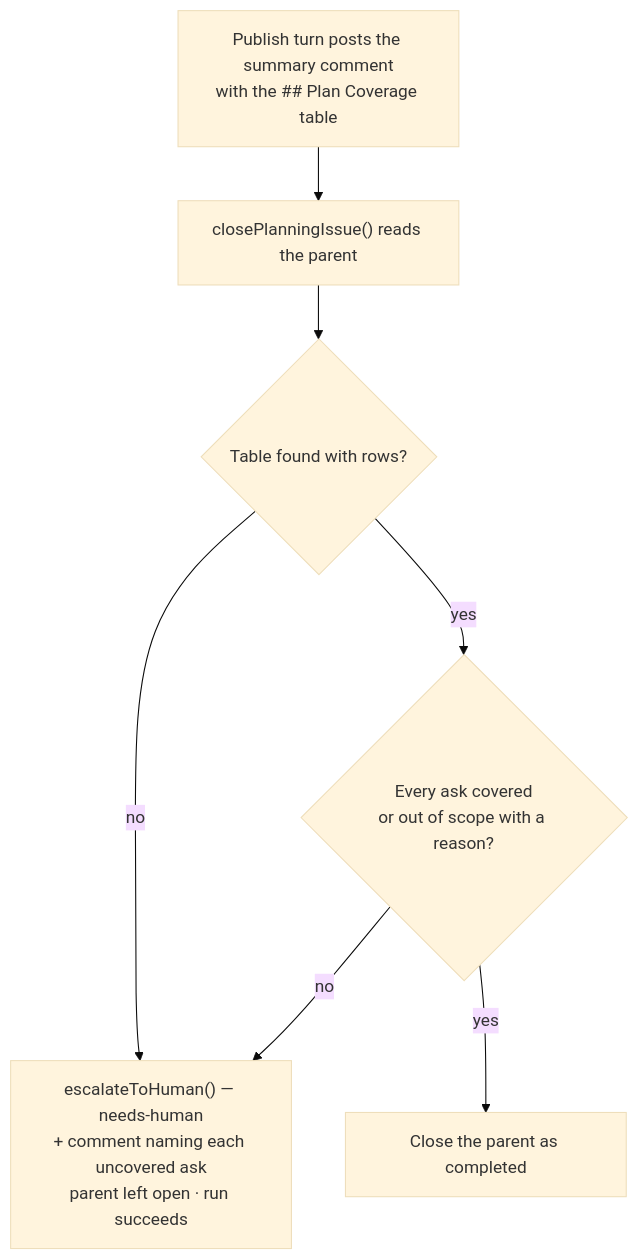
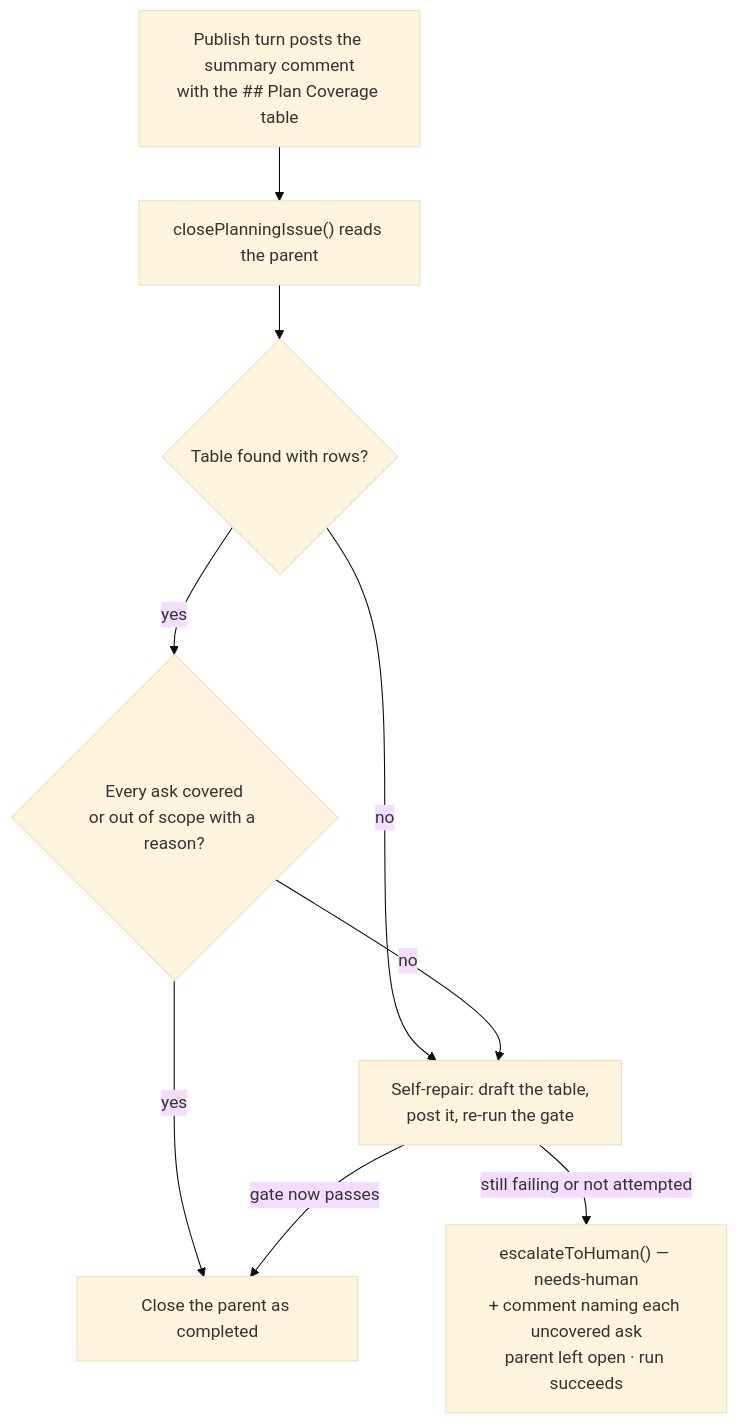
One commit to stSoftwareAU/VibeCoder changed the sixth of 13 diagrams in docs/workflows/planning-and-questions.md. Above: the diagram before and after it, drawn with Mermaid (base theme). The commit also changed other lines of this file and 10 other files, not shown here.

First line of the commit message:
Stop re-adding needs-human once the developer has answered, and draft a missing Plan Coverage table instead of asking a human (#2319)

````diff
--- a/docs/workflows/planning-and-questions.md
+++ b/docs/workflows/planning-and-questions.md
@@ -578,9 +587,11 @@
 ```mermaid
 flowchart TD
     A[Publish turn posts the summary comment<br/>with the ## Plan Coverage table] --> B["closePlanningIssue() reads the parent"]
     B --> C{Table found with rows?}
-    C -->|no| E
+    C -->|no| R
     C -->|yes| D{Every ask covered<br/>or out of scope with a reason?}
     D -->|yes| F[Close the parent as completed]
-    D -->|no| E["escalateToHuman() — needs-human<br/>+ comment naming each uncovered ask<br/>parent left open · run succeeds"]
+    D -->|no| R["Self-repair: draft the table,<br/>post it, re-run the gate"]
+    R -->|gate now passes| F
+    R -->|still failing or not attempted| E["escalateToHuman() — needs-human<br/>+ comment naming each uncovered ask<br/>parent left open · run succeeds"]
 ```
````
